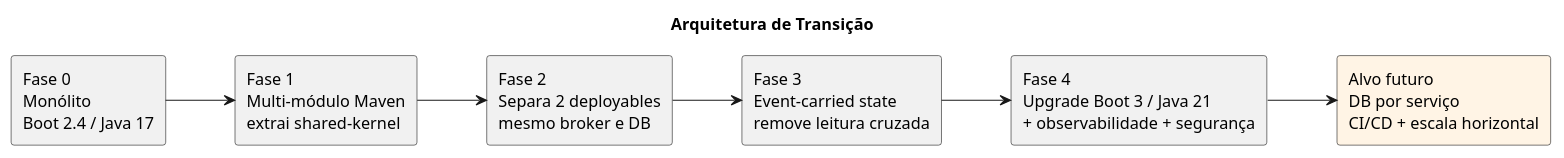
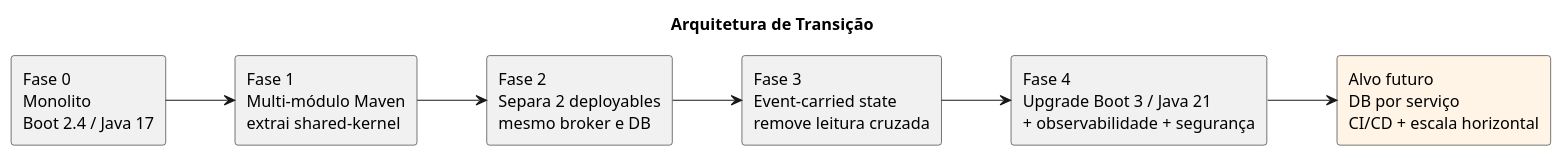
Before and after one commit to carlosmachado/cash-flow-control: the diagram in docs/diagrams/transition-phases.puml, drawn with PlantUML. The commit also changed 3 other files, not shown here.

```diff
--- a/docs/diagrams/transition-phases.puml
+++ b/docs/diagrams/transition-phases.puml
@@ -1,20 +1,20 @@
 @startuml transition-phases
 title Arquitetura de Transição
 
 skinparam shadowing false
 left to right direction
 
-rectangle "Fase 0\nMonólito\nBoot 2.4 / Java 17" as F0
+rectangle "Fase 0\nMonolito\nBoot 2.4 / Java 17" as F0
 rectangle "Fase 1\nMulti-módulo Maven\nextrai shared-kernel" as F1
 rectangle "Fase 2\nSepara 2 deployables\nmesmo broker e DB" as F2
 rectangle "Fase 3\nEvent-carried state\nremove leitura cruzada" as F3
 rectangle "Fase 4\nUpgrade Boot 3 / Java 21\n+ observabilidade + segurança" as F4
 rectangle "Alvo futuro\nDB por serviço\nCI/CD + escala horizontal" as F5 #FFF4E5
 
 F0 --> F1
 F1 --> F2
 F2 --> F3
 F3 --> F4
 F4 --> F5
 
 @enduml
```
